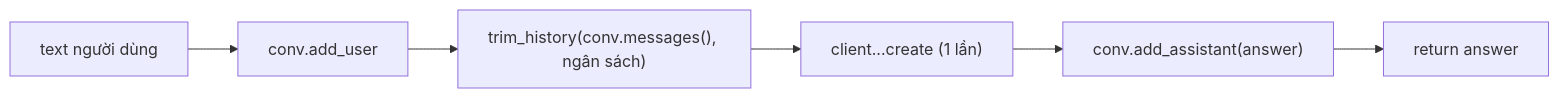
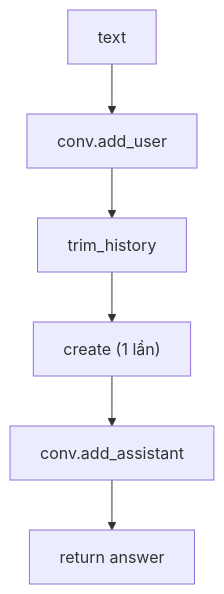
One commit to ht-nah98/ai-academy changed the fourth of 4 diagrams in academy/curriculum/L05-hoi-thoai-context-window/lesson.md. Above: the diagram before and after it, drawn with Mermaid. The commit also changed other lines of this file and 54 other files, not shown here.

````diff
--- a/academy/curriculum/L05-hoi-thoai-context-window/lesson.md
+++ b/academy/curriculum/L05-hoi-thoai-context-window/lesson.md
@@ -230,8 +230,8 @@
 ```mermaid
-flowchart LR
-    T["text người dùng"] --> A["conv.add_user"]
-    A --> C["trim_history(conv.messages(), ngân sách)"]
-    C --> L["client...create (1 lần)"]
-    L --> S["conv.add_assistant(answer)"]
+flowchart TD
+    T["text"] --> A["conv.add_user"]
+    A --> C["trim_history"]
+    C --> L["create (1 lần)"]
+    L --> S["conv.add_assistant"]
     S --> R["return answer"]
 ```
````
